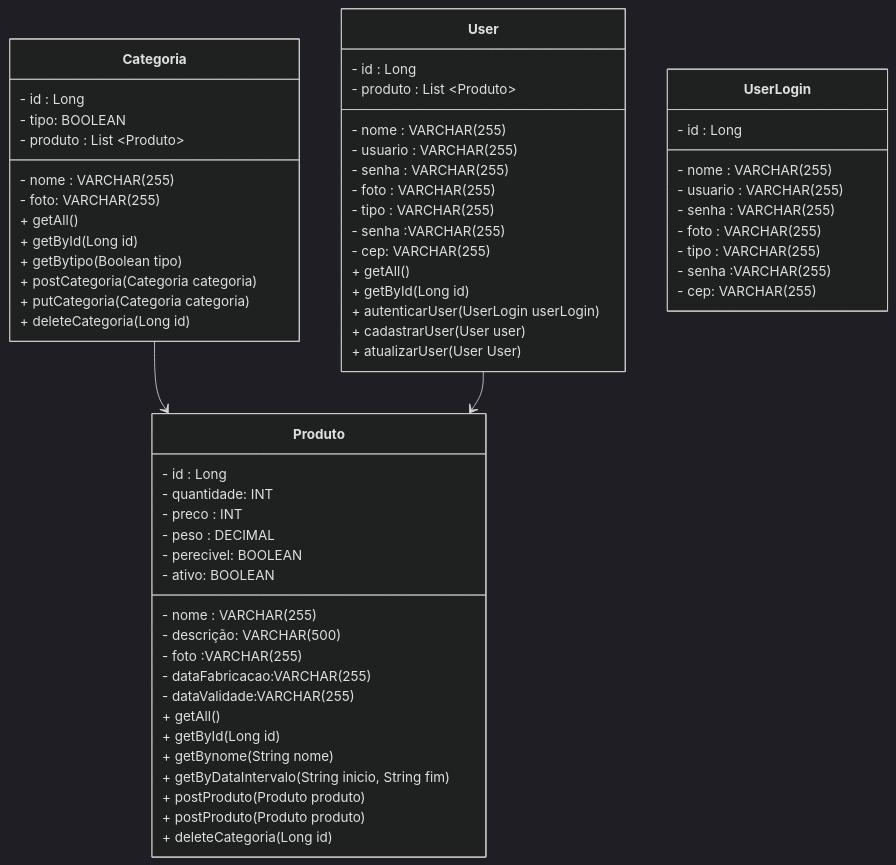
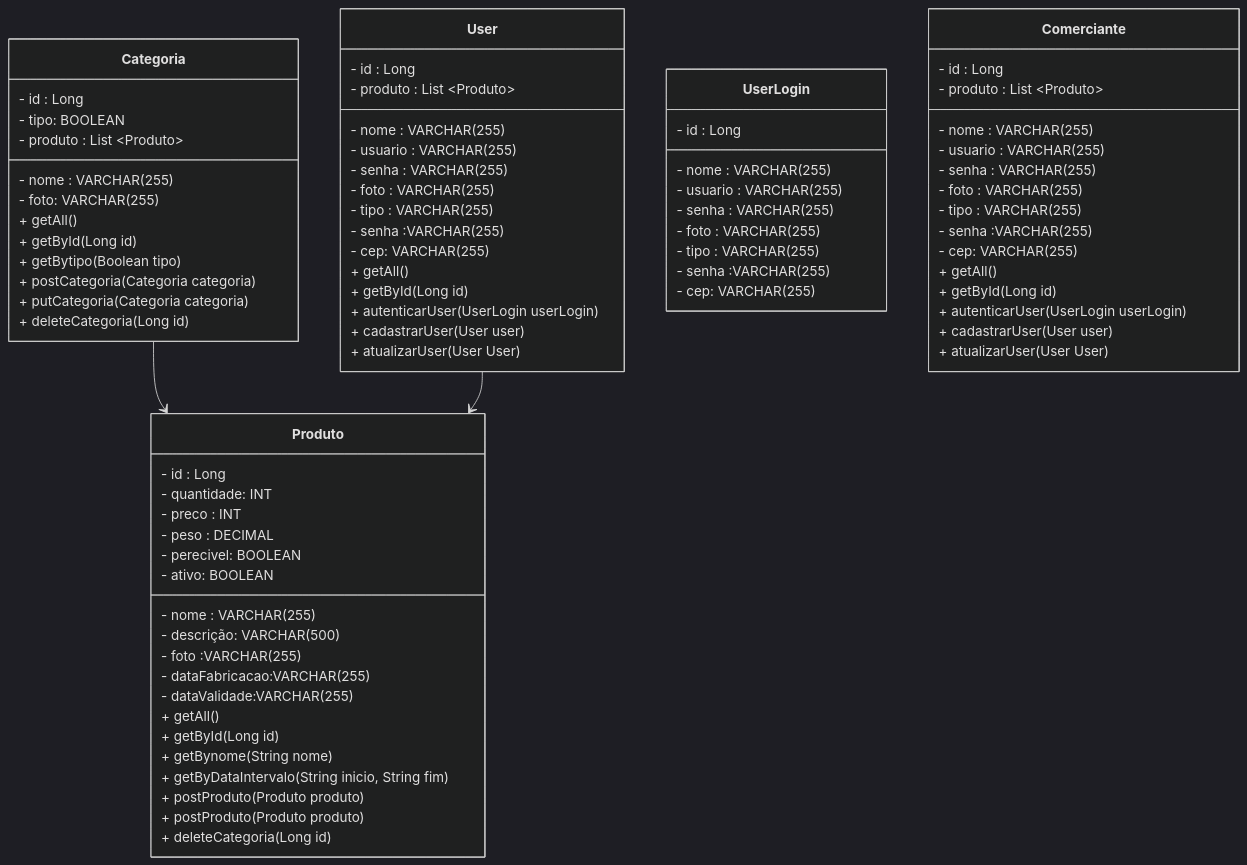
Before and after one commit to Projeto-Tai/Documentacao: the diagram in README.md, drawn with Mermaid (dark theme). The commit also changed other lines of this file, not shown here.

````diff
--- a/README.md
+++ b/README.md
@@ -21,64 +21,81 @@
 ```mermaid
 classDiagram
 class Categoria{
   - id : Long
   - nome : VARCHAR(255)
   - tipo: BOOLEAN
   - foto: VARCHAR(255)
   - produto : List ~Produto~
   + getAll()
   + getById(Long id)
   + getBytipo(Boolean tipo)
   + postCategoria(Categoria categoria)
   + putCategoria(Categoria categoria)
   + deleteCategoria(Long id)
 }
 class Produto {
   - id : Long
   - nome : VARCHAR(255)
   - quantidade: INT
   - descrição: VARCHAR(500)
   - preco : INT
   - foto :VARCHAR(255)
   - peso : DECIMAL
   - perecivel: BOOLEAN
   - ativo: BOOLEAN
   - dataFabricacao:VARCHAR(255)
   - dataValidade:VARCHAR(255)
   + getAll()
   + getById(Long id)
   + getBynome(String nome)
   + getByDataIntervalo (String inicio, String fim)
   + postProduto(Produto produto)
   + postProduto(Produto produto)
   + deleteCategoria(Long id)
 }
 class User {
   - id : Long
   - nome : VARCHAR(255)
   - usuario :  VARCHAR(255)
   - senha :  VARCHAR(255)
   - foto :  VARCHAR(255)
   - tipo : VARCHAR(255)
   - senha :VARCHAR(255)
   - cep: VARCHAR(255)
   - produto : List ~Produto~
   + getAll()
   + getById(Long id)
   + autenticarUser(UserLogin userLogin)
   + cadastrarUser(User user)
   + atualizarUser(User User)
 }
 class UserLogin{
  - id : Long
   - nome : VARCHAR(255)
   - usuario :  VARCHAR(255)
   - senha :  VARCHAR(255)
   - foto :  VARCHAR(255)
   - tipo : VARCHAR(255)
   - senha :VARCHAR(255)
   - cep: VARCHAR(255)
 }
+
+class Comerciante {
+  - id : Long
+  - nome : VARCHAR(255)
+  - usuario :  VARCHAR(255)
+  - senha :  VARCHAR(255)
+  - foto :  VARCHAR(255)
+  - tipo : VARCHAR(255)
+  - senha :VARCHAR(255)
+  - cep: VARCHAR(255)
+  - produto : List ~Produto~
+  + getAll()
+  + getById(Long id)
+  + autenticarUser(UserLogin userLogin)
+  + cadastrarUser(User user)
+  + atualizarUser(User User)
+}
 Categoria --> Produto
 User --> Produto
 ```  
````
